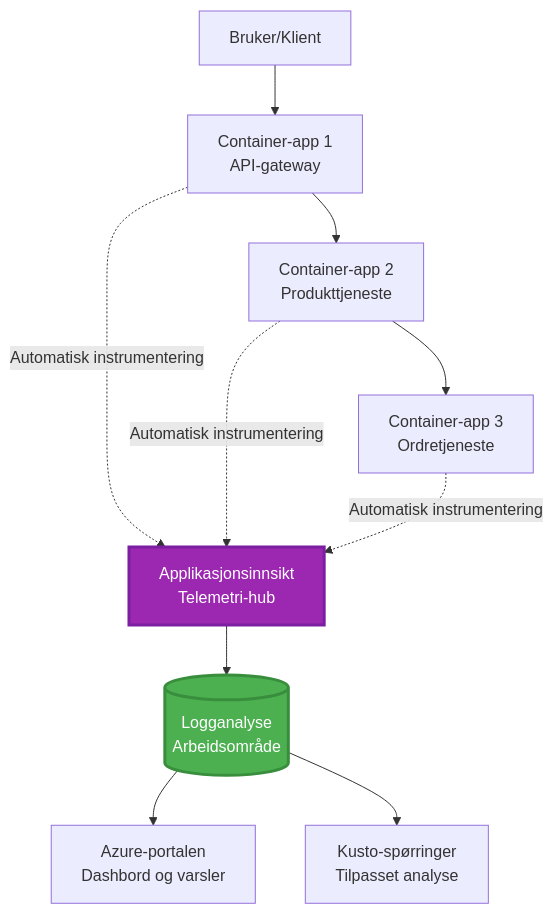
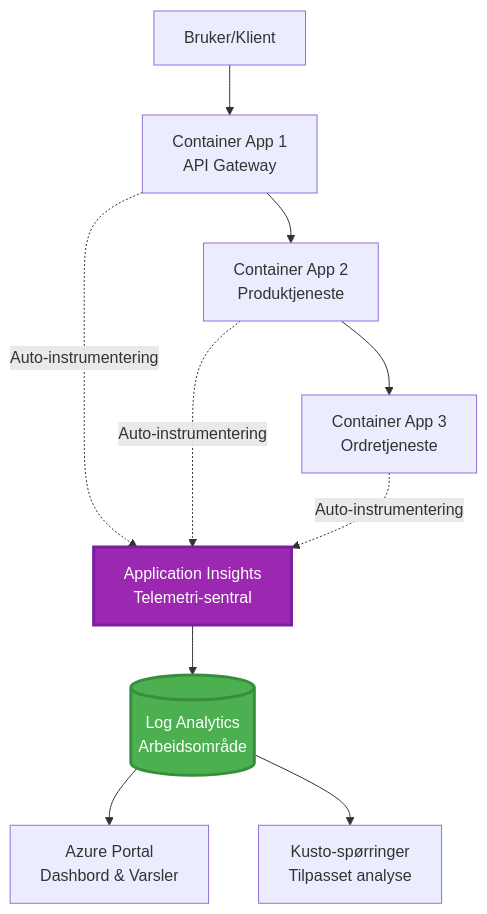
The first of 2 diagrams in translations/no/docs/chapter-06-pre-deployment/application-insights.md (microsoft/AZD-for-beginners), drawn with Mermaid before and after one commit. The commit also changed other lines of this file and 101 other files, not shown here.

````diff
--- a/translations/no/docs/chapter-06-pre-deployment/application-insights.md
+++ b/translations/no/docs/chapter-06-pre-deployment/application-insights.md
@@ -58,28 +58,28 @@
 ```mermaid
 graph TB
     User[Bruker/Klient]
-    App1[Container-app 1<br/>API-gateway]
-    App2[Container-app 2<br/>Produkttjeneste]
-    App3[Container-app 3<br/>Ordretjeneste]
+    App1[Container App 1<br/>API Gateway]
+    App2[Container App 2<br/>Produktjeneste]
+    App3[Container App 3<br/>Ordretjeneste]
     
-    AppInsights[Applikasjonsinnsikt<br/>Telemetri-hub]
-    LogAnalytics[(Logganalyse<br/>Arbeidsområde)]
+    AppInsights[Application Insights<br/>Telemetri-sentral]
+    LogAnalytics[(Log Analytics<br/>Arbeidsområde)]
     
-    Portal[Azure-portalen<br/>Dashbord og varsler]
+    Portal[Azure Portal<br/>Dashbord & Varsler]
     Query[Kusto-spørringer<br/>Tilpasset analyse]
     
     User --> App1
     App1 --> App2
     App2 --> App3
     
-    App1 -.->|Automatisk instrumentering| AppInsights
-    App2 -.->|Automatisk instrumentering| AppInsights
-    App3 -.->|Automatisk instrumentering| AppInsights
+    App1 -.->|Auto-instrumentering| AppInsights
+    App2 -.->|Auto-instrumentering| AppInsights
+    App3 -.->|Auto-instrumentering| AppInsights
     
     AppInsights --> LogAnalytics
     LogAnalytics --> Portal
     LogAnalytics --> Query
     
     style AppInsights fill:#9C27B0,stroke:#7B1FA2,stroke-width:3px,color:#fff
     style LogAnalytics fill:#4CAF50,stroke:#388E3C,stroke-width:3px,color:#fff
 ```
````
